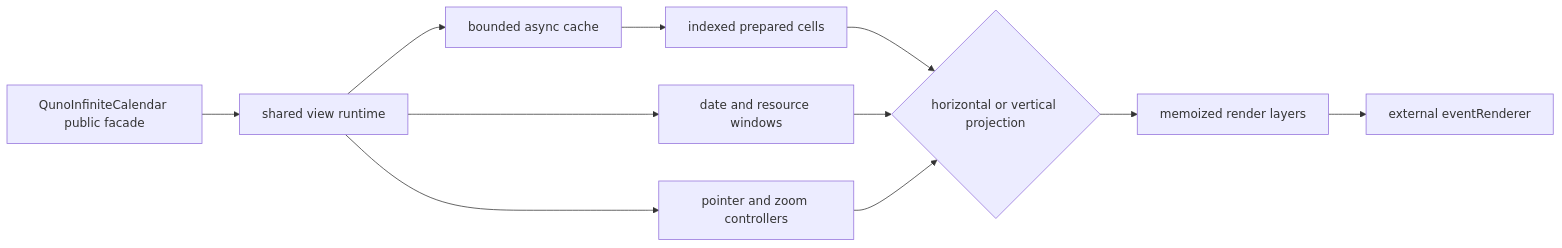
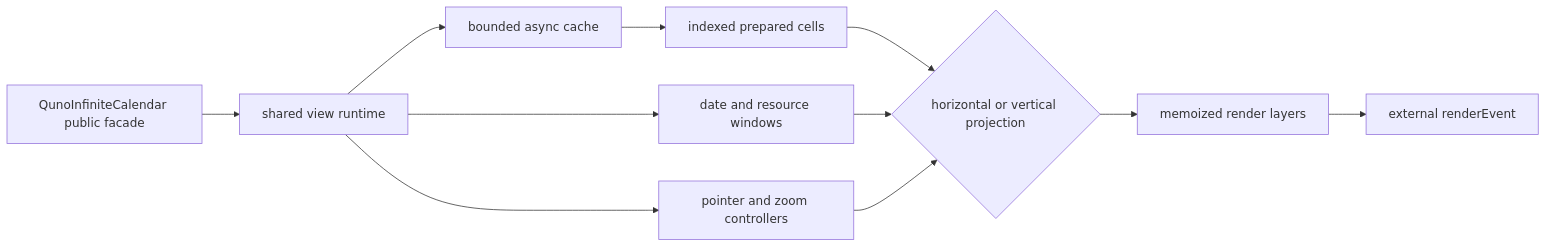
One commit to junomedical/quno-calendar changed the first of 11 diagrams in docs/infinite-calendar/architecture.md. Above: the diagram before and after it, drawn with Mermaid. The commit also changed other lines of this file and 260 other files, not shown here.

````diff
--- a/docs/infinite-calendar/architecture.md
+++ b/docs/infinite-calendar/architecture.md
@@ -7,13 +7,13 @@
 ```mermaid
 flowchart LR
   Public["QunoInfiniteCalendar public facade"] --> Runtime["shared view runtime"]
   Runtime --> Cache["bounded async cache"]
   Runtime --> Viewport["date and resource windows"]
   Runtime --> Gestures["pointer and zoom controllers"]
   Cache --> Cells["indexed prepared cells"]
   Cells --> Projection{"horizontal or vertical projection"}
   Viewport --> Projection
   Gestures --> Projection
   Projection --> Layers["memoized render layers"]
-  Layers --> Renderer["external eventRenderer"]
+  Layers --> Renderer["external renderEvent"]
 ```
````
